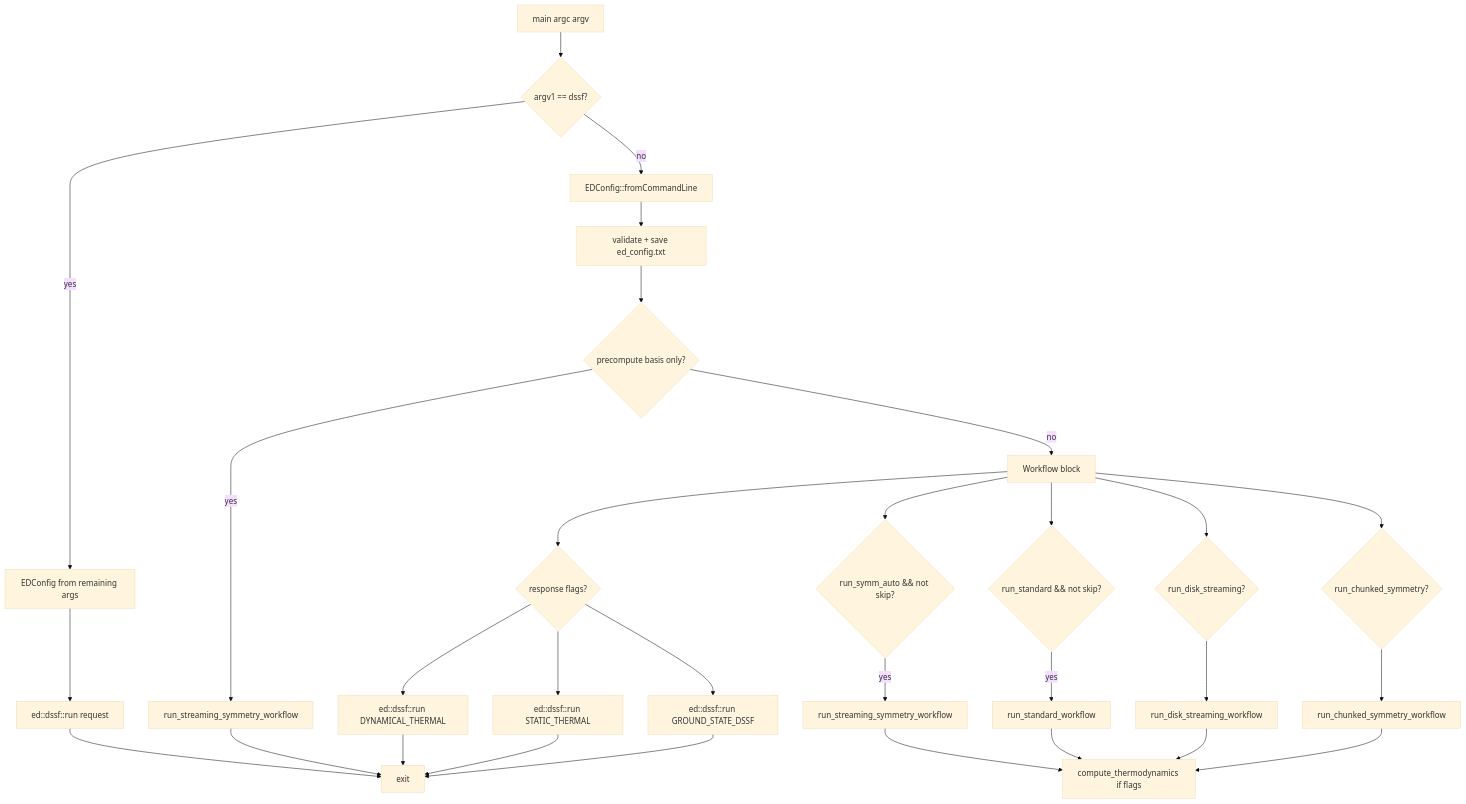
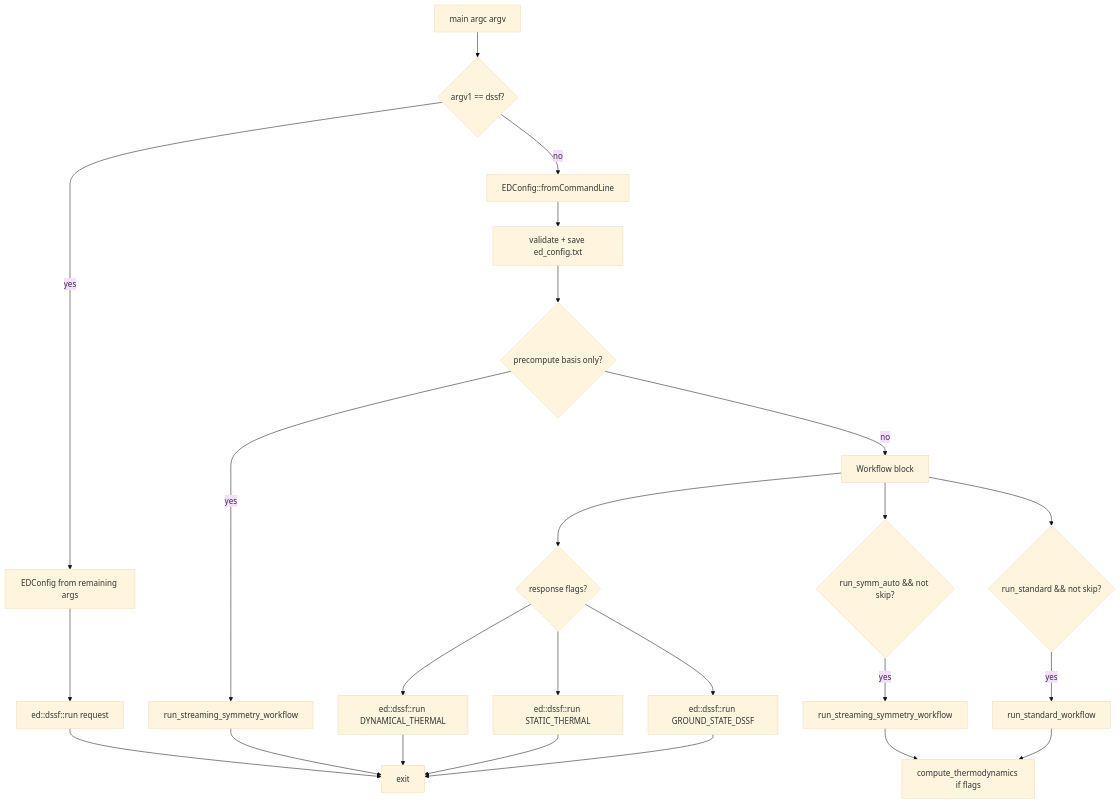
One commit to ze-bang/QED changed the second of 3 diagrams in docs/architecture/CODEMAP.md. Above: the diagram before and after it, drawn with Mermaid (base theme). The commit also changed other lines of this file and 2 other files, not shown here.

First line of the commit message:
Phase 7.4: refresh architecture docs after matvec-unification

````diff
--- a/docs/architecture/CODEMAP.md
+++ b/docs/architecture/CODEMAP.md
@@ -91,35 +91,29 @@
 ```mermaid
 flowchart TD
   A[main argc argv] --> B{argv1 == dssf?}
   B -->|yes| C[EDConfig from remaining args]
   C --> D[ed::dssf::run request]
   D --> Z[exit]
 
   B -->|no| E[EDConfig::fromCommandLine]
   E --> F[validate + save ed_config.txt]
   F --> G{precompute basis only?}
   G -->|yes| H[run_streaming_symmetry_workflow] --> Z
   G -->|no| I[Workflow block]
 
   I --> J{run_symm_auto && not skip?}
   J -->|yes| K[run_streaming_symmetry_workflow]
   I --> L{run_standard && not skip?}
   L -->|yes| M[run_standard_workflow]
-  I --> N{run_disk_streaming?}
-  N --> O[run_disk_streaming_workflow]
-  I --> P{run_chunked_symmetry?}
-  P --> Q[run_chunked_symmetry_workflow]
 
   K --> R[compute_thermodynamics if flags]
   M --> R
-  O --> R
-  Q --> R
 
   I --> S{response flags?}
   S --> T[ed::dssf::run DYNAMICAL_THERMAL]
   S --> U[ed::dssf::run STATIC_THERMAL]
   S --> V[ed::dssf::run GROUND_STATE_DSSF]
   T --> Z
   U --> Z
   V --> Z
 ```
````
